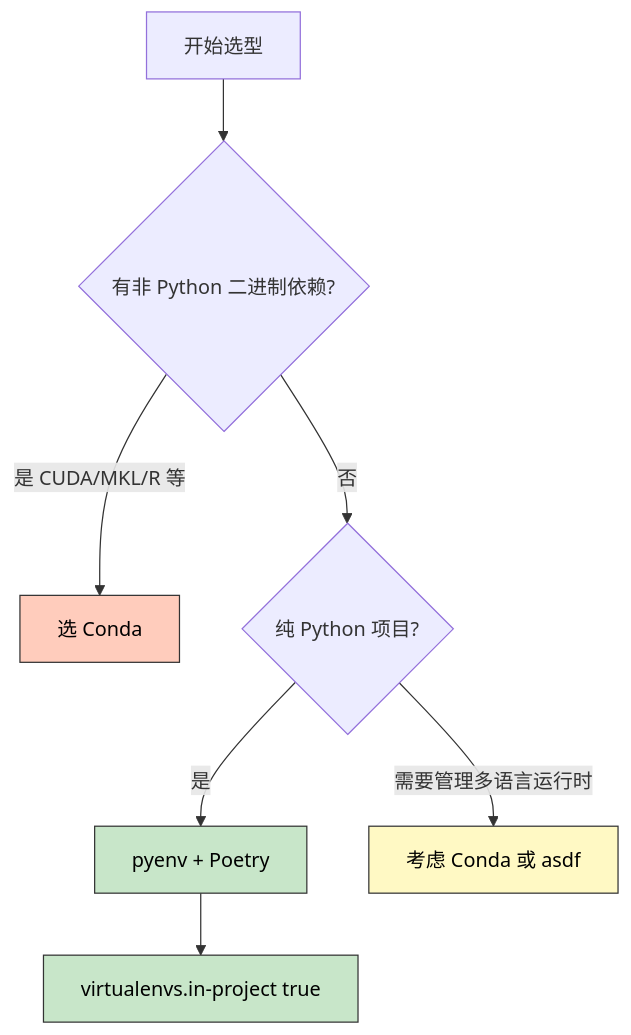
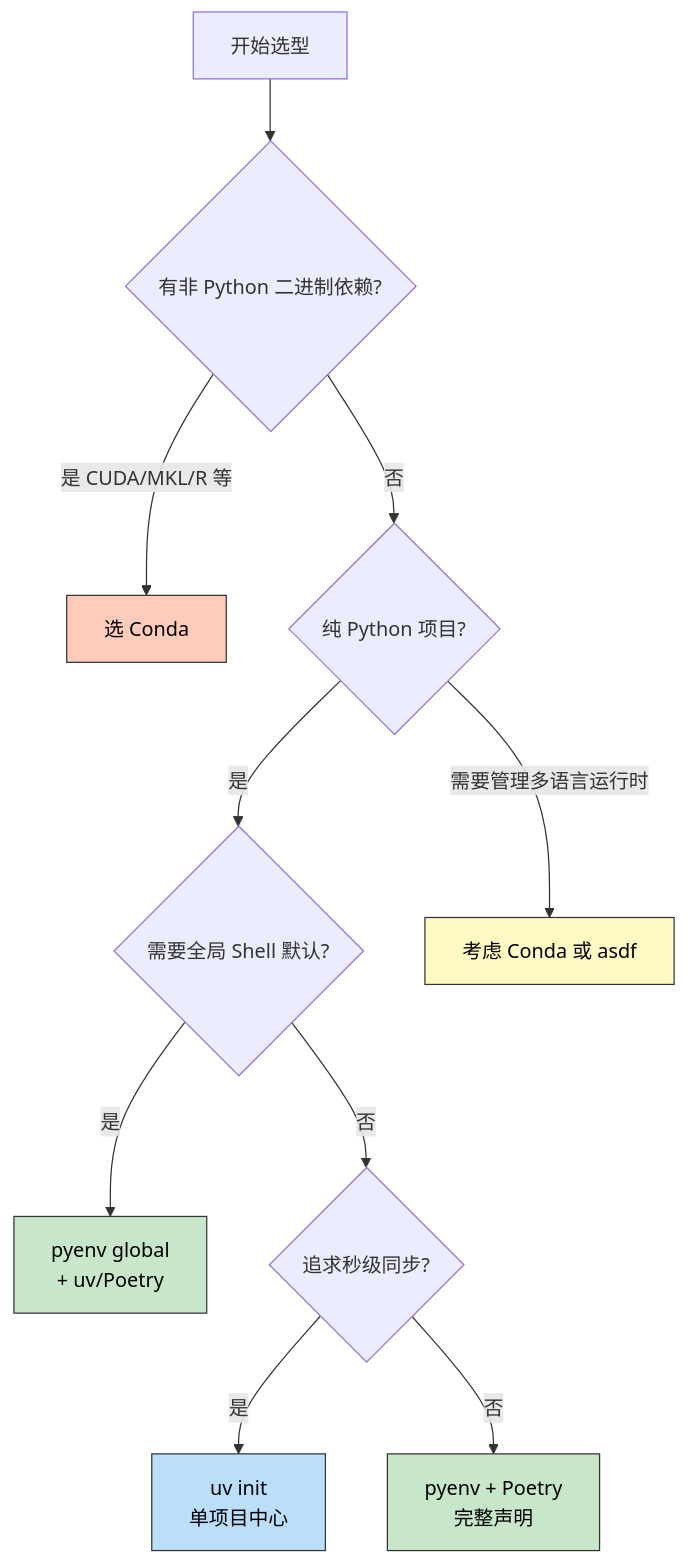
Before and after one commit to leahana/leahana.github.io: the third of 3 diagrams in source/_posts/tech/tools/2026-03-31-python-env-setup-from-java-perspective.md, drawn with Mermaid. The commit also changed other lines of this file and 1 other file, not shown here.

````diff
--- a/source/_posts/tech/tools/2026-03-31-python-env-setup-from-java-perspective.md
+++ b/source/_posts/tech/tools/2026-03-31-python-env-setup-from-java-perspective.md
@@ -149,14 +154,18 @@
 ```mermaid
 graph TD
     A[开始选型] --> B{有非 Python 二进制依赖?}
     B -->|是 CUDA/MKL/R 等| C[选 Conda]
     B -->|否| D{纯 Python 项目?}
-    D -->|是| E[pyenv + Poetry]
-    E --> F["virtualenvs.in-project true"]
+    D -->|是| E{需要全局 Shell 默认?}
+    E -->|是| H["pyenv global<br/>+ uv/Poetry"]
+    E -->|否| I{追求秒级同步?}
+    I -->|是| J["uv init<br/>单项目中心"]
+    I -->|否| K["pyenv + Poetry<br/>完整声明"]
     D -->|需要管理多语言运行时| G[考虑 Conda 或 asdf]
 
     style C fill:#ffccbc,stroke:#333,color:#000
-    style E fill:#c8e6c9,stroke:#333,color:#000
-    style F fill:#c8e6c9,stroke:#333,color:#000
+    style H fill:#c8e6c9,stroke:#333,color:#000
+    style J fill:#bbdefb,stroke:#333,color:#000
+    style K fill:#c8e6c9,stroke:#333,color:#000
     style G fill:#fff9c4,stroke:#333,color:#000
 ```
````
